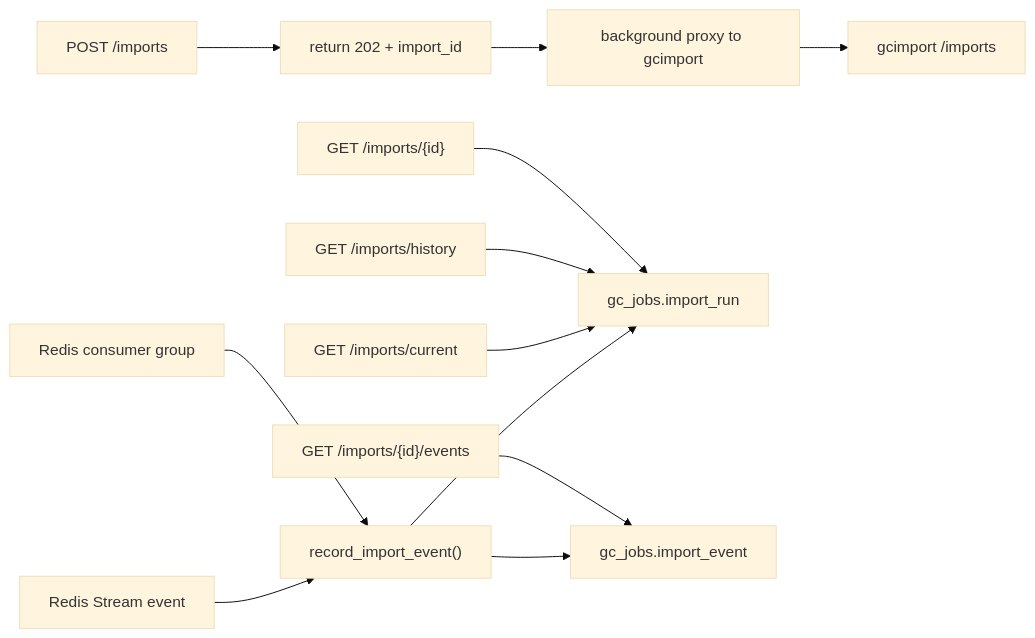
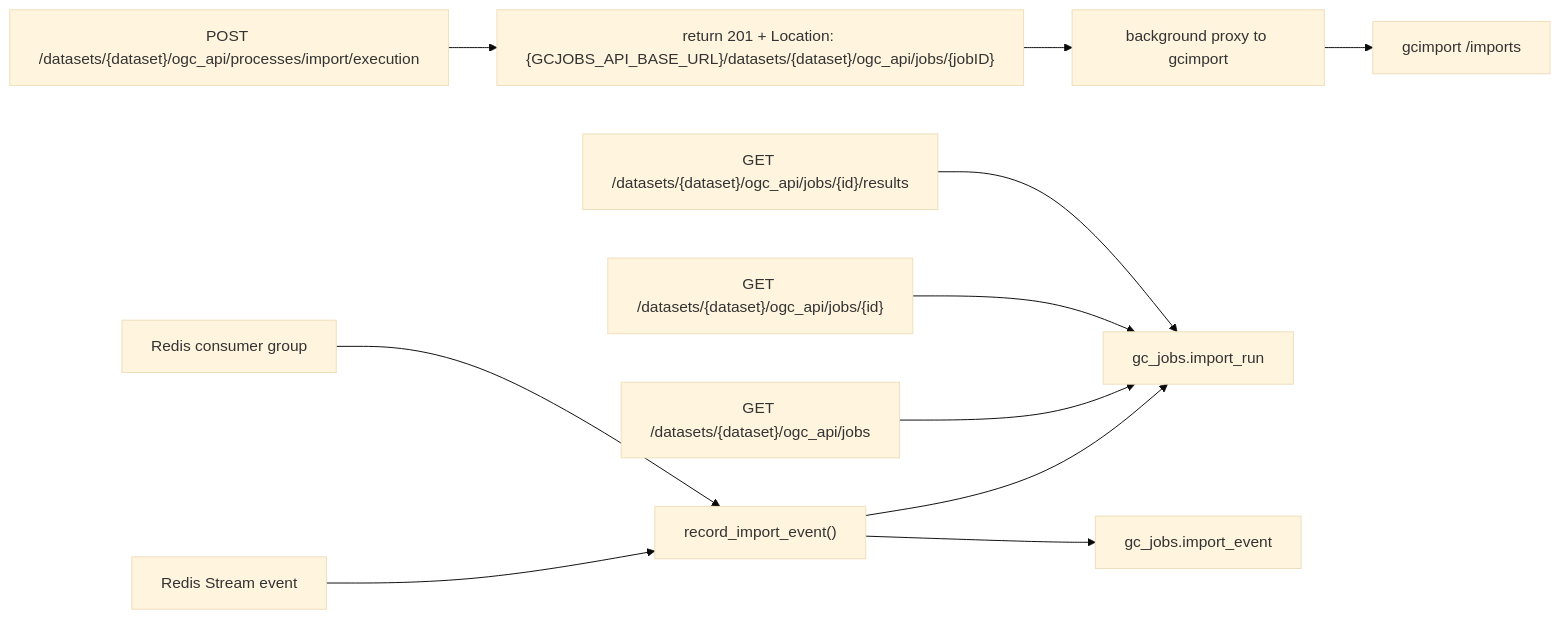
Before and after one commit to kartverket/topografisk-gdb-api: the fifth of 10 diagrams in docs/ARCHITECTURE.md, drawn with Mermaid (base theme). The commit also changed other lines of this file and 63 other files, not shown here.

First line of the commit message:
canonical OGC API facade (#87)

````diff
--- a/docs/ARCHITECTURE.md
+++ b/docs/ARCHITECTURE.md
@@ -205,14 +211,13 @@
 ```mermaid
 flowchart LR
-  START["POST /imports"] --> ACCEPT["return 202 + import_id"]
+  START["POST /datasets/{dataset}/ogc_api/processes/import/execution"] --> ACCEPT["return 201 + Location: {GCJOBS_API_BASE_URL}/datasets/{dataset}/ogc_api/jobs/{jobID}"]
   ACCEPT --> PROXY["background proxy to gcimport"]
   EV["Redis Stream event"] --> WRITE["record_import_event()"]
   WRITE --> RUN["gc_jobs.import_run"]
   WRITE --> LOG["gc_jobs.import_event"]
-  READ1["GET /imports/current"] --> RUN
-  READ2["GET /imports/history"] --> RUN
-  READ3["GET /imports/{id}"] --> RUN
-  READ4["GET /imports/{id}/events"] --> LOG
+  READ1["GET /datasets/{dataset}/ogc_api/jobs"] --> RUN
+  READ2["GET /datasets/{dataset}/ogc_api/jobs/{id}"] --> RUN
+  READ3["GET /datasets/{dataset}/ogc_api/jobs/{id}/results"] --> RUN
   PROXY --> GCIMPORT["gcimport /imports"]
   REDIS["Redis consumer group"] --> WRITE
 ```
````
